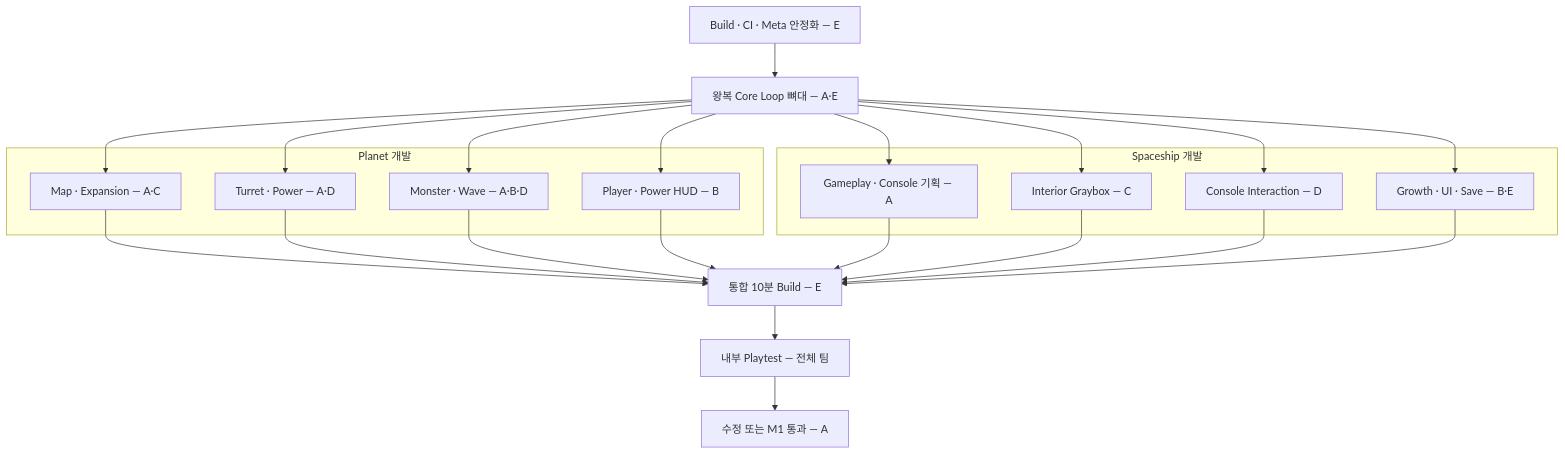
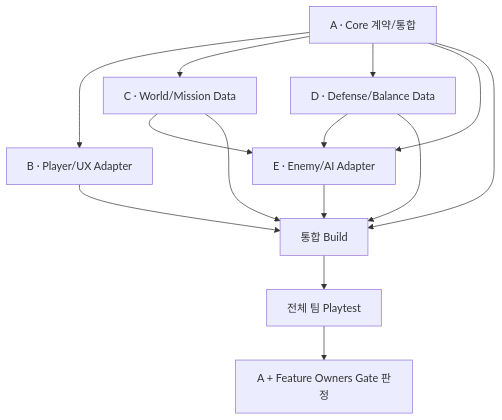
Before and after one commit to Conquer-or-Be-Condemned/unity-3d-the-developer: the second of 2 diagrams in Docs/DEVELOPMENT_FLOW.md, drawn with Mermaid. The commit also changed other lines of this file and 10 other files, not shown here.

First line of the commit message:
docs: align roadmap and milestone ownership

````diff
--- a/Docs/DEVELOPMENT_FLOW.md
+++ b/Docs/DEVELOPMENT_FLOW.md
@@ -62,38 +49,16 @@
 ```mermaid
 flowchart TD
-    BASE[Build · CI · Meta 안정화 — E] --> CORE[왕복 Core Loop 뼈대 — A·E]
-
-    subgraph PLANET[Planet 개발]
-        PMAP[Map · Expansion — A·C]
-        PTUR[Turret · Power — A·D]
-        PENM[Monster · Wave — A·B·D]
-        PPLAY[Player · Power HUD — B]
-    end
-
-    subgraph SHIP[Spaceship 개발]
-        SDESIGN[Gameplay · Console 기획 — A]
-        SSPACE[Interior Graybox — C]
-        SINTERACT[Console Interaction — D]
-        SMETA[Growth · UI · Save — B·E]
-    end
-
-    CORE --> PMAP
-    CORE --> PTUR
-    CORE --> PENM
-    CORE --> PPLAY
-    CORE --> SDESIGN
-    CORE --> SSPACE
-    CORE --> SINTERACT
-    CORE --> SMETA
-
-    PMAP --> BUILD[통합 10분 Build — E]
-    PTUR --> BUILD
-    PENM --> BUILD
-    PPLAY --> BUILD
-    SDESIGN --> BUILD
-    SSPACE --> BUILD
-    SINTERACT --> BUILD
-    SMETA --> BUILD
-    BUILD --> TEST[내부 Playtest — 전체 팀]
-    TEST --> RESULT[수정 또는 M1 통과 — A]
+    A[A · Core 계약/통합] --> B[B · Player/UX Adapter]
+    A --> C[C · World/Mission Data]
+    A --> D[D · Defense/Balance Data]
+    A --> E[E · Enemy/AI Adapter]
+    C --> E
+    D --> E
+    B --> BUILD[통합 Build]
+    C --> BUILD
+    D --> BUILD
+    E --> BUILD
+    A --> BUILD
+    BUILD --> TEST[전체 팀 Playtest]
+    TEST --> GATE[A + Feature Owners Gate 판정]
 ```
````
